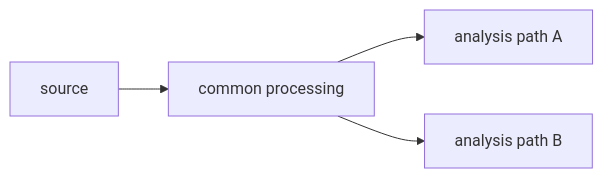
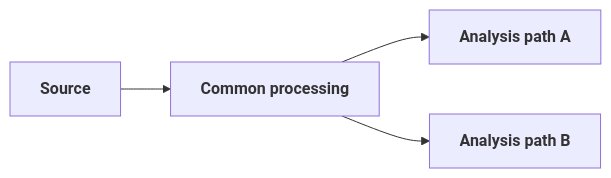
Before and after one commit to FAST-HEP/fasthep-flow: the third of 8 diagrams in docs/execution/graph-structure.md, drawn with Mermaid. The commit also changed other lines of this file and 7 other files, not shown here.

````diff
--- a/docs/execution/graph-structure.md
+++ b/docs/execution/graph-structure.md
@@ -49,11 +49,11 @@
 ```{mermaid}
 flowchart LR
-    Source["source"]
-    Common["common processing"]
-    A["analysis path A"]
-    B["analysis path B"]
+    Source["<b>Source</b>"]:::source
+    Common["<b>Common processing</b>"]:::transform
+    A["<b>Analysis path A</b>"]:::transform
+    B["<b>Analysis path B</b>"]:::transform
 
     Source --> Common
     Common --> A
     Common --> B
 ```
````
